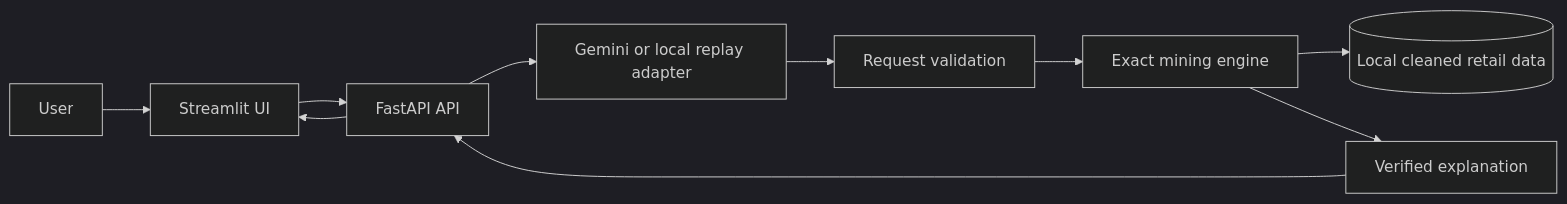
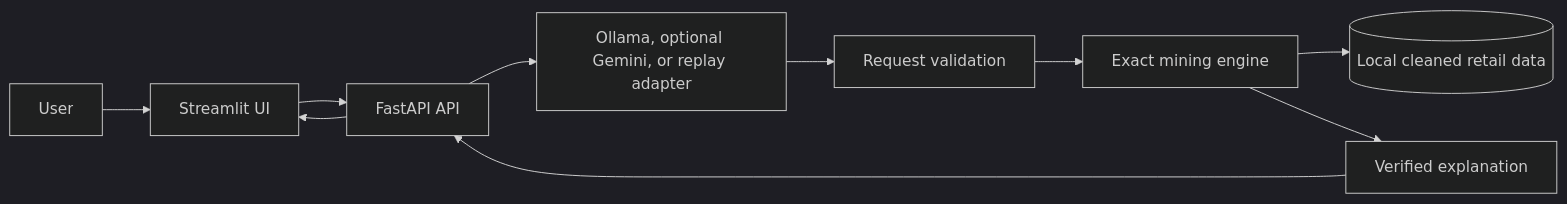
Before and after one commit to eswar192006/pattern-mining-app: the diagram in README.md, drawn with Mermaid (dark theme). The commit also changed other lines of this file and 19 other files, not shown here.

Commit message:
Use local Ollama and clarify rare pair thresholds

````diff
--- a/README.md
+++ b/README.md
@@ -25,12 +25,12 @@
 ```mermaid
 flowchart LR
     U[User] --> UI[Streamlit UI]
     UI --> API[FastAPI API]
-    API --> L[Gemini or local replay adapter]
+    API --> L[Ollama, optional Gemini, or replay adapter]
     L --> V[Request validation]
     V --> M[Exact mining engine]
     M --> F[(Local cleaned retail data)]
     M --> E[Verified explanation]
     E --> API
     API --> UI
 ```
````
